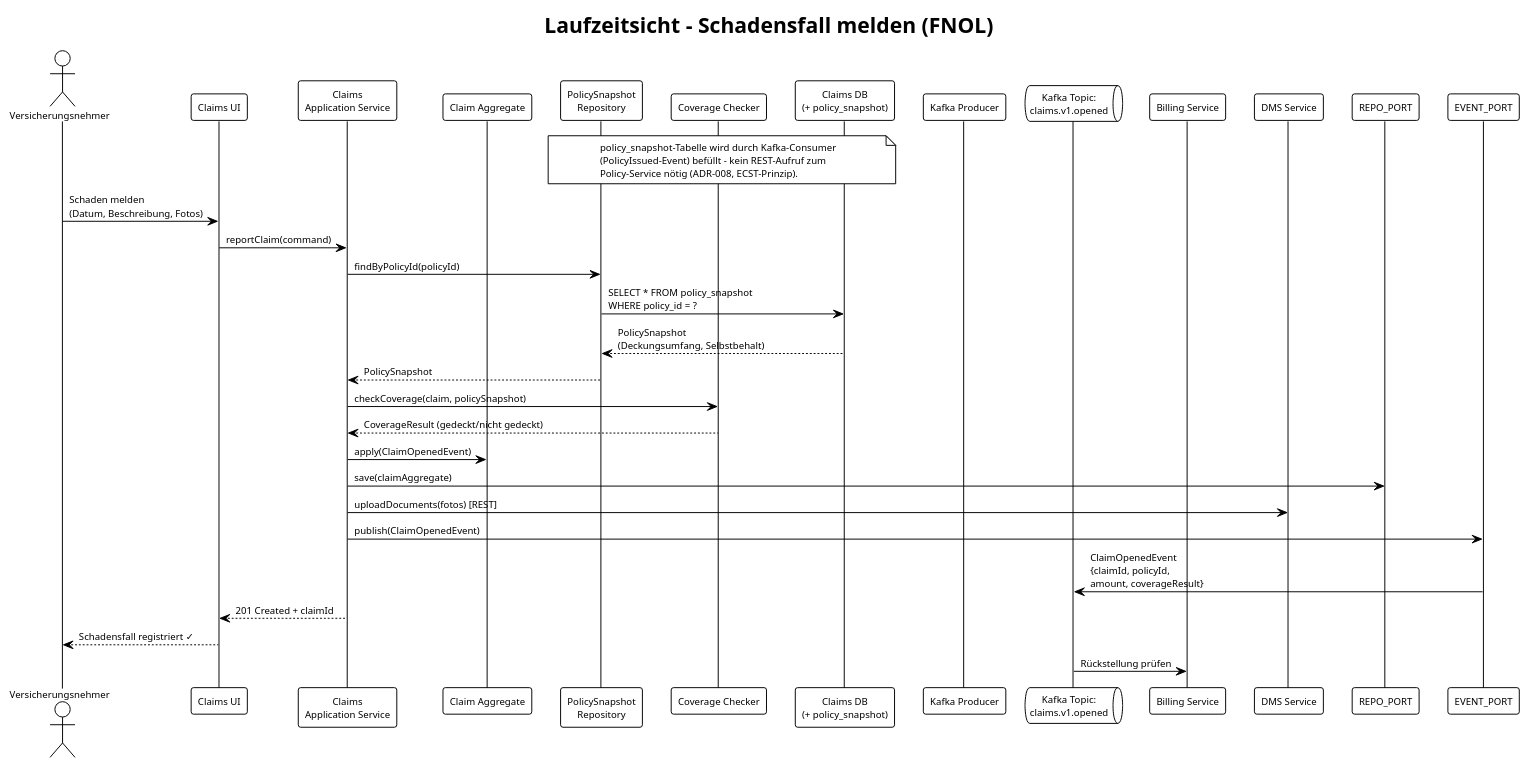
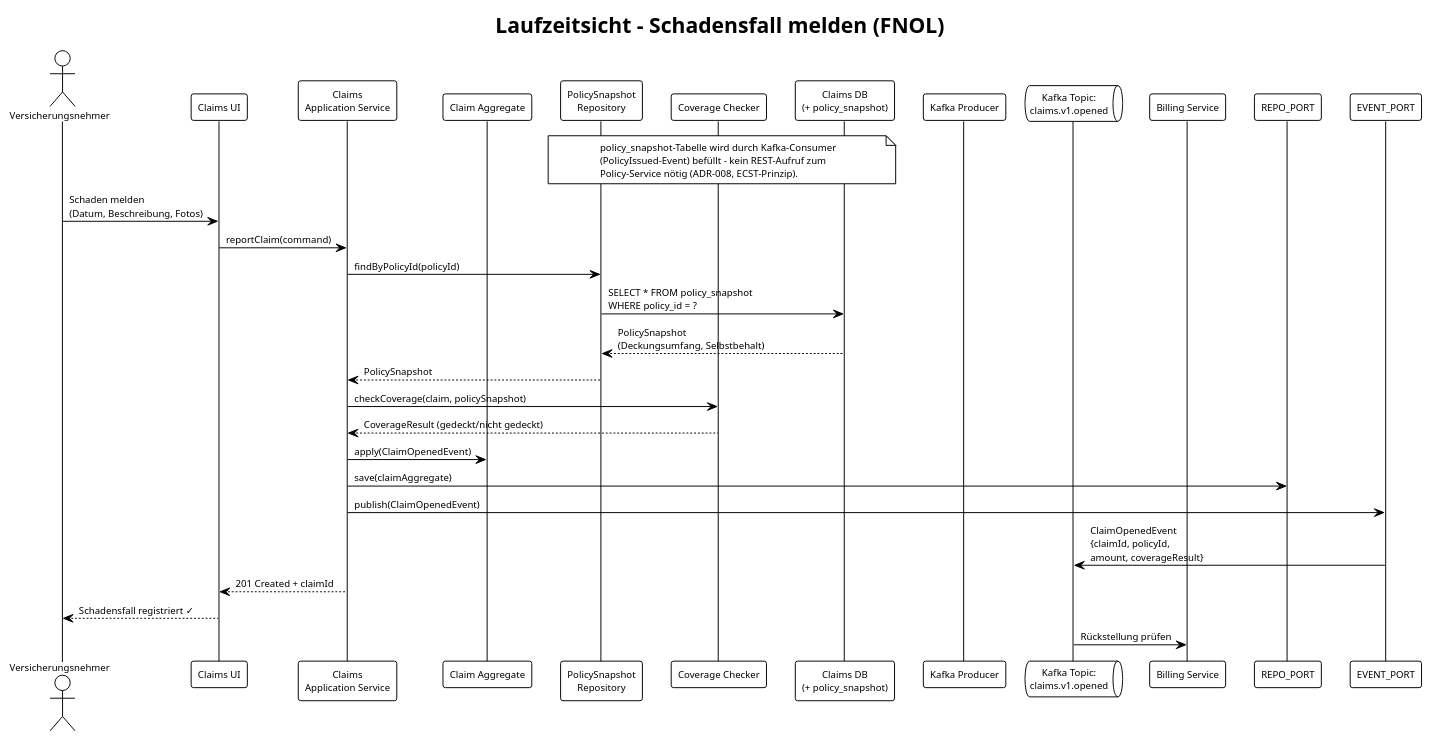
The ninth of 16 diagrams in specs/arc42.md (LukasW/datamesh), drawn with PlantUML before and after one commit. The commit also changed other lines of this file and 70 other files, not shown here.

````diff
--- a/specs/arc42.md
+++ b/specs/arc42.md
@@ -629,45 +593,43 @@
 ```plantuml
 @startuml runtime-fnol
 !theme plain
 skinparam defaultFontSize 10
 
 title Laufzeitsicht – Schadensfall melden (FNOL)
 
 actor "Versicherungsnehmer" as VN
 participant "Claims UI" as UI
 participant "Claims\nApplication Service" as APP
 participant "Claim Aggregate" as AGG
 participant "PolicySnapshot\nRepository" as SNAP
 participant "Coverage Checker" as COV
 participant "Claims DB\n(+ policy_snapshot)" as DB
 participant "Kafka Producer" as KPROD
 queue "Kafka Topic:\nclaims.v1.opened" as TOPIC
 participant "Billing Service" as BIL
-participant "DMS Service" as DMS
 
 note over SNAP, DB
   policy_snapshot-Tabelle wird durch Kafka-Consumer
   (PolicyIssued-Event) befüllt – kein REST-Aufruf zum
   Policy-Service nötig (ADR-008, ECST-Prinzip).
 end note
 
 VN -> UI : Schaden melden\n(Datum, Beschreibung, Fotos)
 UI -> APP : reportClaim(command)
 APP -> SNAP : findByPolicyId(policyId)
 SNAP -> DB : SELECT * FROM policy_snapshot\nWHERE policy_id = ?
 DB --> SNAP : PolicySnapshot\n(Deckungsumfang, Selbstbehalt)
 SNAP --> APP : PolicySnapshot
 APP -> COV : checkCoverage(claim, policySnapshot)
 COV --> APP : CoverageResult (gedeckt/nicht gedeckt)
 APP -> AGG : apply(ClaimOpenedEvent)
 APP -> REPO_PORT : save(claimAggregate)
-APP -> DMS : uploadDocuments(fotos) [REST]
 APP -> EVENT_PORT : publish(ClaimOpenedEvent)
 EVENT_PORT -> TOPIC : ClaimOpenedEvent\n{claimId, policyId,\namount, coverageResult}
 APP --> UI : 201 Created + claimId
 UI --> VN : Schadensfall registriert ✓
 
 TOPIC -> BIL : Rückstellung prüfen
 
 @enduml
 ```
````
